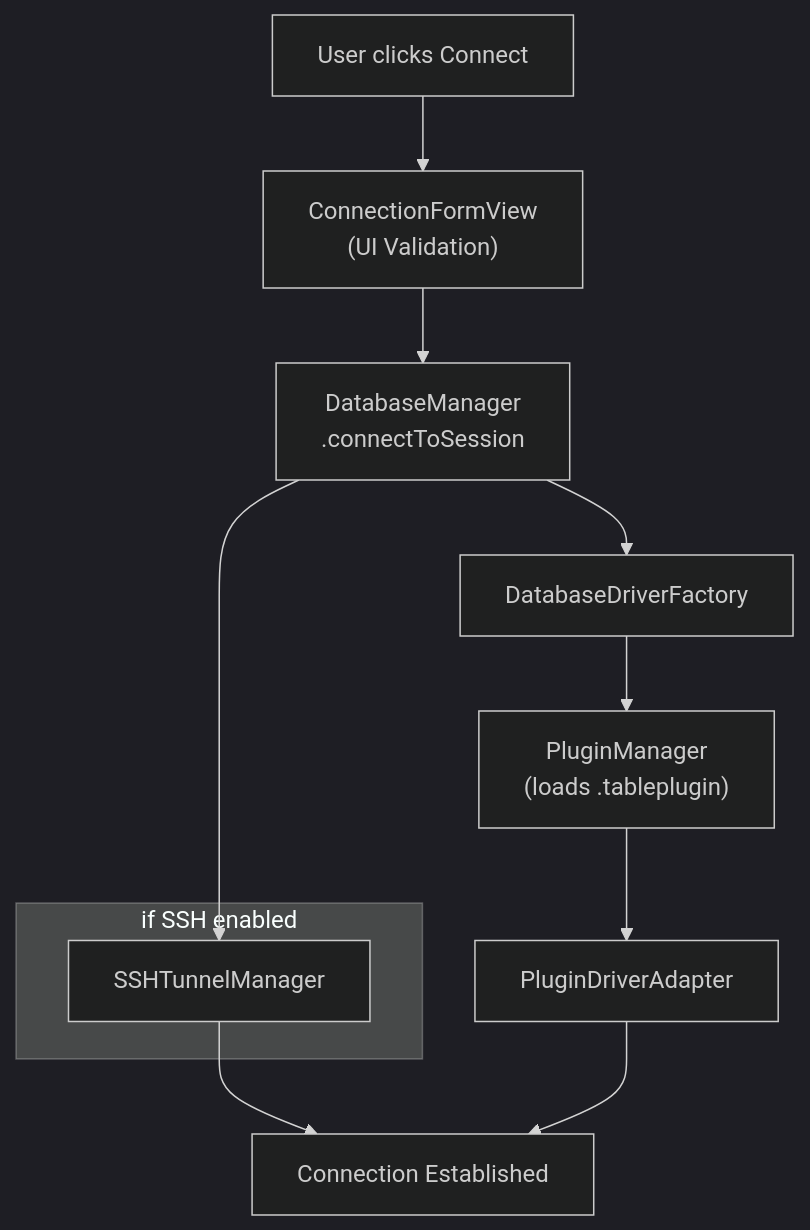
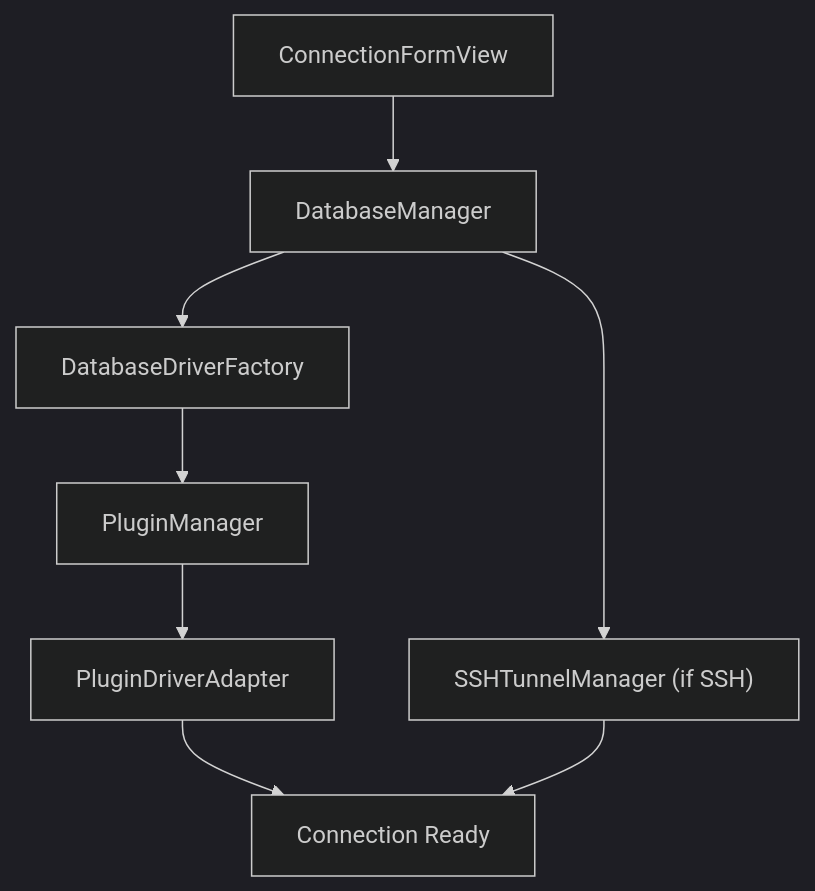
Before and after one commit to TableProApp/TablePro: the second of 3 diagrams in docs/development/architecture.mdx, drawn with Mermaid (dark theme). The commit also changed other lines of this file and 5 other files, not shown here.

````diff
--- a/docs/development/architecture.mdx
+++ b/docs/development/architecture.mdx
@@ -190,16 +125,10 @@
 ```mermaid
-flowchart TB
-    User["User clicks Connect"]
-    User --> Form["ConnectionFormView<br>(UI Validation)"]
-    Form --> Manager["DatabaseManager<br>.connectToSession"]
-    Manager --> SSH["SSHTunnelManager"]
-    Manager --> Factory["DatabaseDriverFactory"]
-    Factory --> Plugin["PluginManager<br>(loads .tableplugin)"]
-    Plugin --> Adapter["PluginDriverAdapter"]
-    SSH --> Connected["Connection Established"]
-    Adapter --> Connected
-
-    subgraph optional ["if SSH enabled"]
-        SSH
-    end
+flowchart TD
+    UI["ConnectionFormView"] --> DM["DatabaseManager"]
+    DM --> SSH["SSHTunnelManager (if SSH)"]
+    DM --> Factory["DatabaseDriverFactory"]
+    Factory --> PM["PluginManager"]
+    PM --> Adapter["PluginDriverAdapter"]
+    Adapter --> Connected["Connection Ready"]
+    SSH --> Connected
 ```
````
